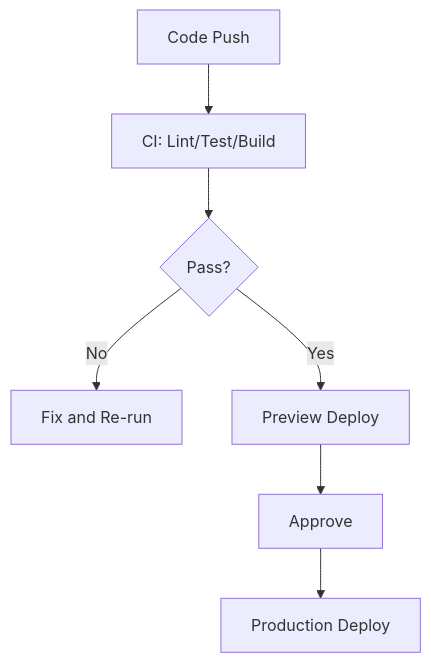
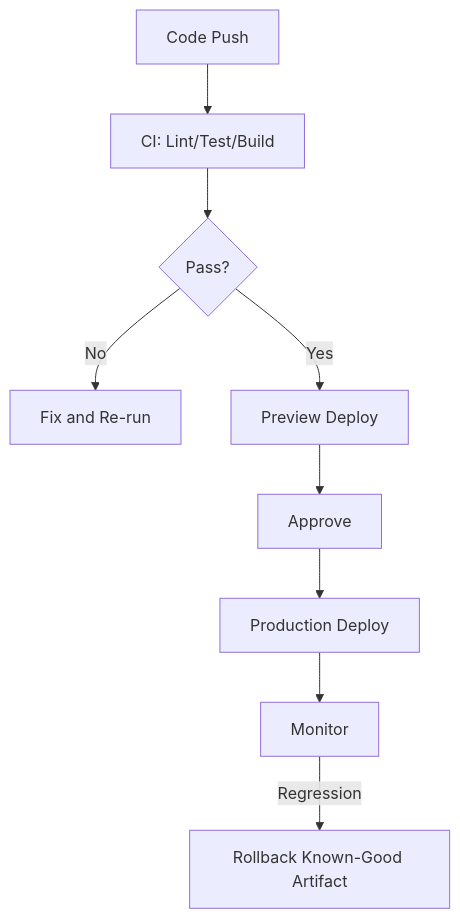
The diagram in tutorial-platform/public/tutorials/react/day-088-cicd-for-frontend.md (kaushalkumar8459/CodingTerminal-Tutorial-Notes), drawn with Mermaid before and after one commit. The commit also changed other lines of this file, not shown here.

````diff
--- a/tutorial-platform/public/tutorials/react/day-088-cicd-for-frontend.md
+++ b/tutorial-platform/public/tutorials/react/day-088-cicd-for-frontend.md
@@ -170,9 +182,11 @@
 ```mermaid
 flowchart TD
 		A[Code Push] --> B[CI: Lint/Test/Build]
 		B --> C{Pass?}
 		C -->|No| D[Fix and Re-run]
 		C -->|Yes| E[Preview Deploy]
 		E --> F[Approve]
 		F --> G[Production Deploy]
+		G --> H[Monitor]
+		H -->|Regression| I[Rollback Known-Good Artifact]
 ```
````
